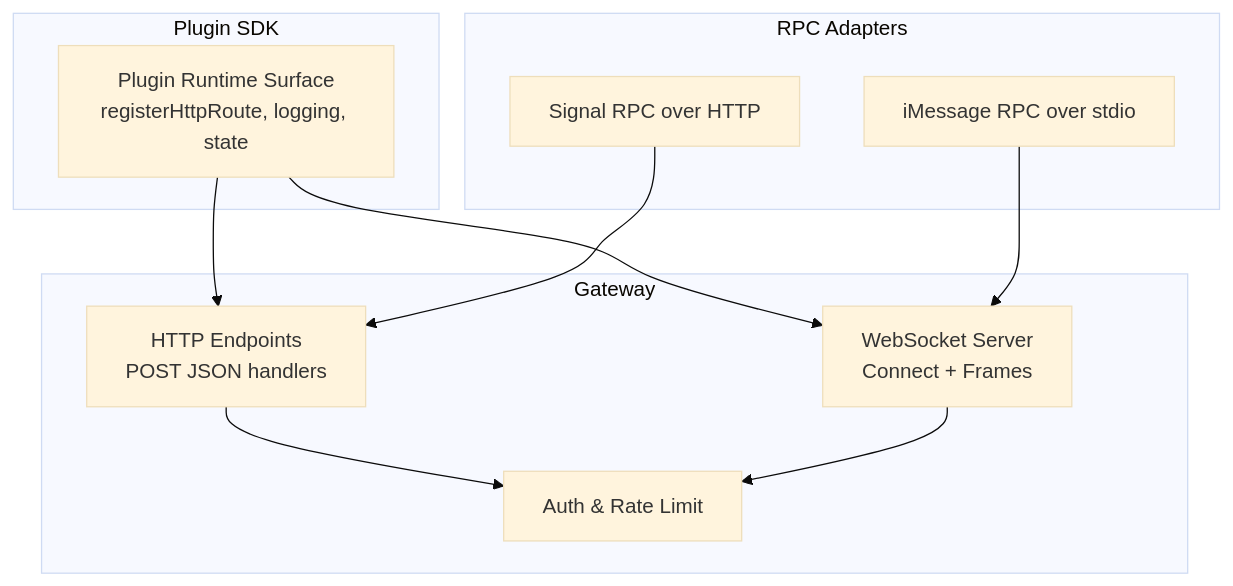
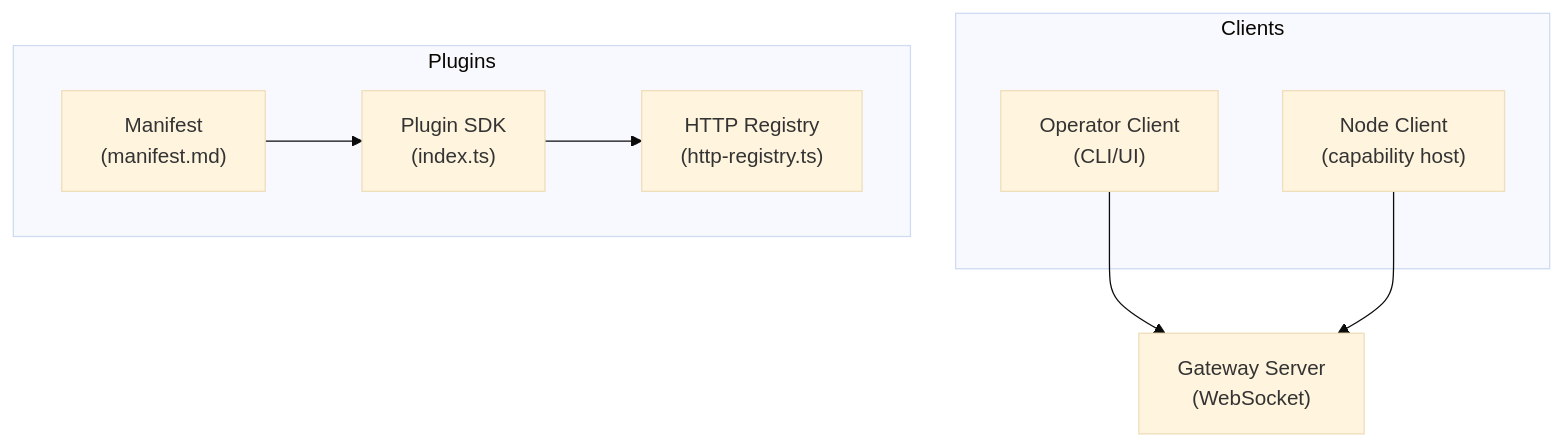
The first of 7 diagrams in repowiki/en/content/API Reference/API Reference.md (botx-work/OpenClaw-Internals), drawn with Mermaid (base theme) before and after one commit. The commit also changed other lines of this file and 332 other files, not shown here.

````diff
--- a/repowiki/en/content/API Reference/API Reference.md
+++ b/repowiki/en/content/API Reference/API Reference.md
@@ -55,21 +48,17 @@
 ```mermaid
 graph TB
-subgraph "Gateway"
-HTTP["HTTP Endpoints<br/>POST JSON handlers"]
-WS["WebSocket Server<br/>Connect + Frames"]
-Auth["Auth & Rate Limit"]
+subgraph "Clients"
+OP["Operator Client<br/>(CLI/UI)"]
+ND["Node Client<br/>(capability host)"]
 end
-subgraph "Plugin SDK"
-SDK["Plugin Runtime Surface<br/>registerHttpRoute, logging, state"]
+GW["Gateway Server<br/>(WebSocket)"]
+subgraph "Plugins"
+SDK["Plugin SDK<br/>(index.ts)"]
+REG["HTTP Registry<br/>(http-registry.ts)"]
+MAN["Manifest<br/>(manifest.md)"]
 end
-subgraph "RPC Adapters"
-Signal["Signal RPC over HTTP"]
-IMsg["iMessage RPC over stdio"]
-end
-HTTP --> Auth
-WS --> Auth
-SDK --> HTTP
-SDK --> WS
-Signal --> HTTP
-IMsg --> WS
+OP --> GW
+ND --> GW
+SDK --> REG
+MAN --> SDK
 ```
````
